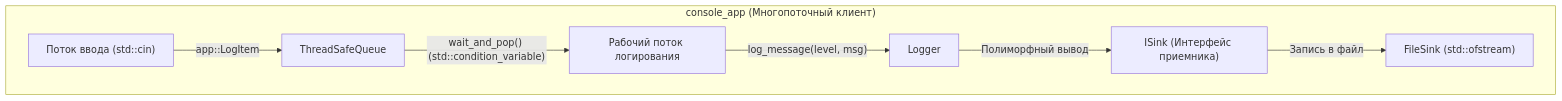
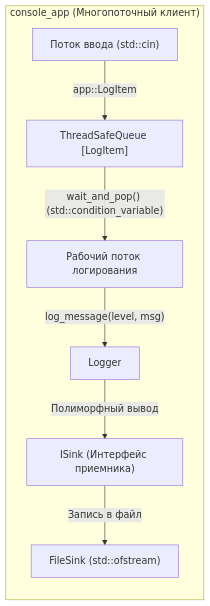
The diagram in README.md (kex1tu/test_infotecs.DeveloperC_Cpp), drawn with Mermaid before and after one commit.

````diff
--- a/README.md
+++ b/README.md
@@ -19,11 +19,18 @@
 ```mermaid
-graph TD
+flowchart TD
     subgraph ClientApp ["console_app (Многопоточный клиент)"]
-        InputThread["Поток ввода (std::cin)"] -->|"app::LogItem"| TSQueue["ThreadSafeQueue<LogItem>"]
-        TSQueue -->|"wait_and_pop() (std::condition_variable)"| WorkerThread["Рабочий поток логирования"]
-        WorkerThread -->|"log_message(level, msg)"| LoggerInstance["Logger"]
-        LoggerInstance -->|"Полиморфный вывод"| SinkInterface["ISink (Интерфейс приемника)"]
-        SinkInterface -->|"Запись в файл"| FileSink["FileSink (std::ofstream)"]
+        direction TB
+        InputThread["Поток ввода (std::cin)"]
+        TSQueue["ThreadSafeQueue [LogItem]"]
+        WorkerThread["Рабочий поток логирования"]
+        LoggerInstance["Logger"]
+        SinkInterface["ISink (Интерфейс приемника)"]
+        FileSink["FileSink (std::ofstream)"]
+
+        InputThread -->|"app::LogItem"| TSQueue
+        TSQueue -->|"wait_and_pop() (std::condition_variable)"| WorkerThread
+        WorkerThread -->|"log_message(level, msg)"| LoggerInstance
+        LoggerInstance -->|"Полиморфный вывод"| SinkInterface
+        SinkInterface -->|"Запись в файл"| FileSink
     end
-
 ```
````
